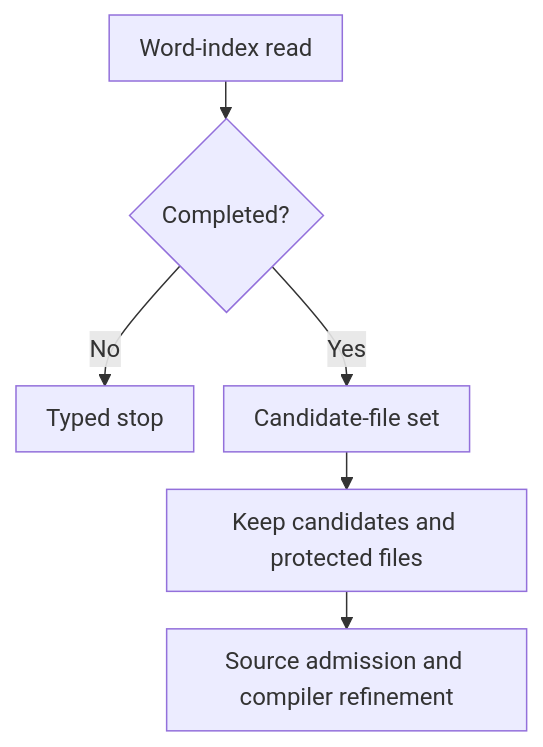
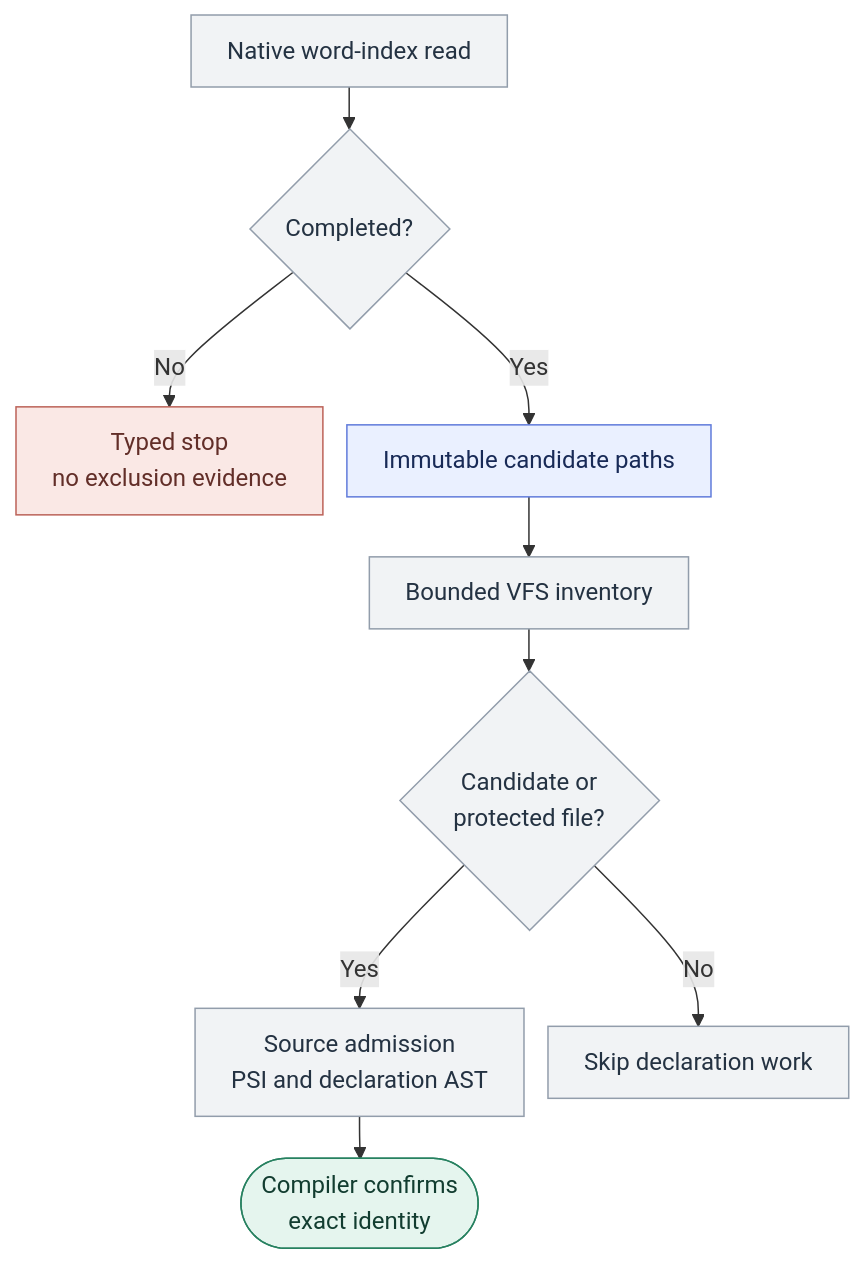
One commit to amichne/kast changed the first of 4 diagrams in docs/public/architecture/query-reuse.mdx. Above: the diagram before and after it, drawn with Mermaid. The commit also changed other lines of this file and 2 other files, not shown here.

Commit message:
docs: illustrate query state and safe work reuse

````diff
--- a/docs/public/architecture/query-reuse.mdx
+++ b/docs/public/architecture/query-reuse.mdx
@@ -26,9 +26,19 @@
 ```mermaid
-%%{init: {"flowchart": {"rankSpacing": 25, "nodeSpacing": 20, "padding": 10}}}%%
+%%{init: {"flowchart": {"rankSpacing": 28, "nodeSpacing": 16, "padding": 12, "curve": "basis"}}}%%
 flowchart TD
-  I["Word-index read"] --> C{"Completed?"}
-  C -->|No| R["Typed stop"]
-  C -->|Yes| P["Candidate-file set"]
-  P --> V["Keep candidates and protected files"]
-  V --> X["Source admission and compiler refinement"]
+  I["Native word-index read"] --> C{"Completed?"}
+  C -->|No| R["Typed stop<br/>no exclusion evidence"]
+  C -->|Yes| P["Immutable candidate paths"]
+  P --> V["Bounded VFS inventory"]
+  V --> E{"Candidate or<br/>protected file?"}
+  E -->|Yes| X["Source admission<br/>PSI and declaration AST"]
+  E -->|No| S["Skip declaration work"]
+  X --> K(["Compiler confirms<br/>exact identity"])
+  classDef default fill:#f1f3f5,stroke:#929dab,color:#243242
+  classDef proof fill:#eaf0ff,stroke:#607bdb,color:#182a57
+  classDef stop fill:#fae8e5,stroke:#bc6258,color:#622e28
+  classDef result fill:#e5f5ee,stroke:#278160,color:#123d30
+  class P proof
+  class R stop
+  class K result
 ```
````
